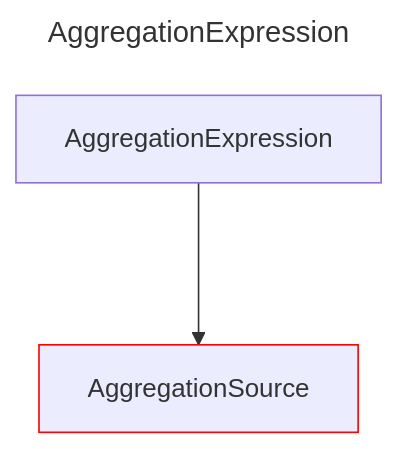
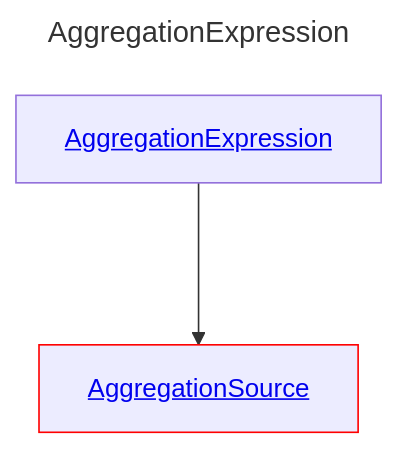
One commit to douglassimonsen/pbi_core changed the diagram in docs/docs/layout/erd/AggregationExpression.md. Above: the diagram before and after it, drawn with Mermaid. The commit also changed 76 other files, not shown here.

````diff
--- a/docs/docs/layout/erd/AggregationExpression.md
+++ b/docs/docs/layout/erd/AggregationExpression.md
@@ -1,10 +1,10 @@
 ```mermaid
 ---
 title: AggregationExpression
 ---
 graph 
-2430071358016["AggregationSource"]
-style 2430071358016 stroke:#ff0000,stroke-width:1px
-2430071889008["AggregationExpression"]
-2430071889008 ---> 2430071358016
+AggregationExpression[<a href='/layout/erd/AggregationExpression'>AggregationExpression</a>]
+AggregationSource[<a href='/layout/erd/AggregationSource'>AggregationSource</a>]
+style AggregationSource stroke:#ff0000,stroke-width:1px
+AggregationExpression ---> AggregationSource
 ```
````
